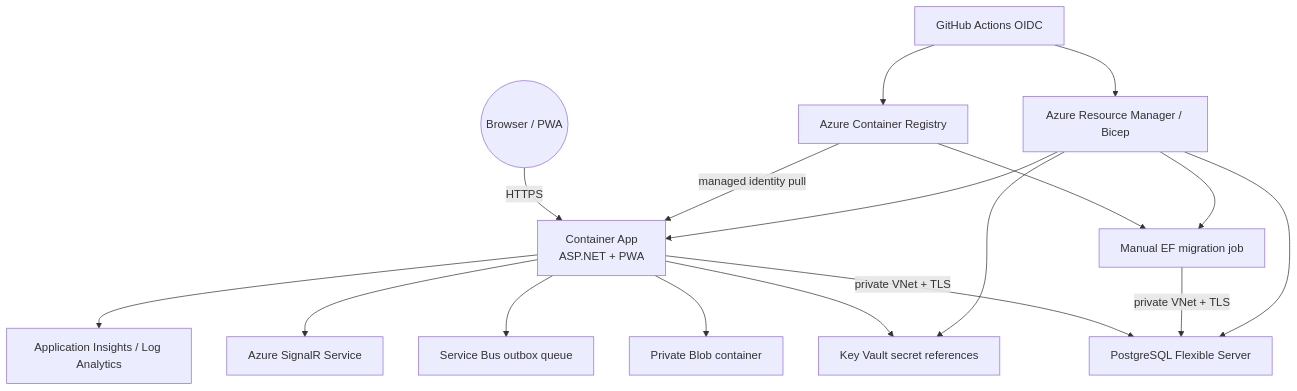
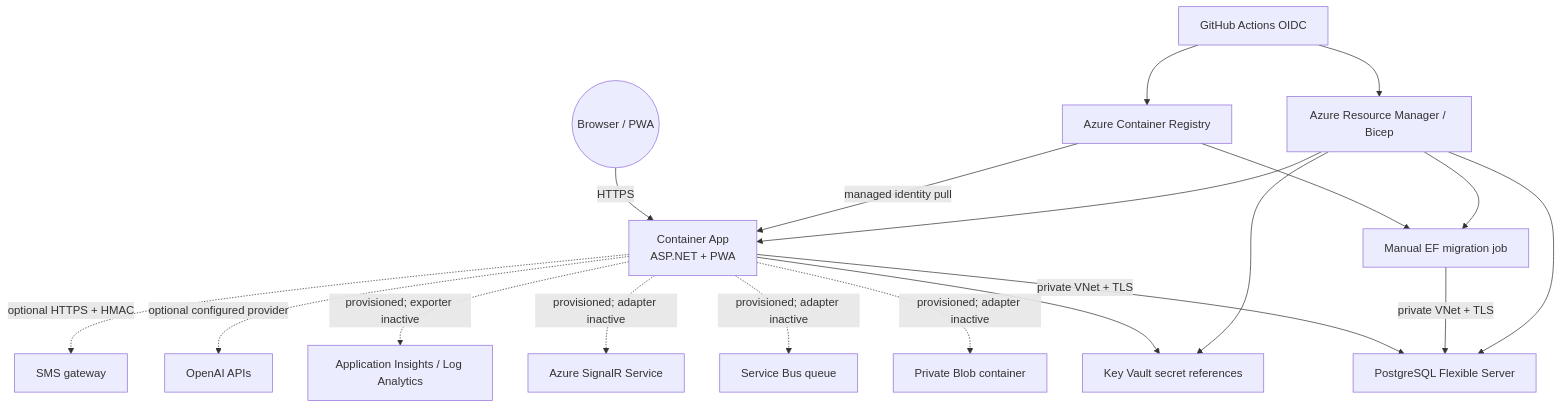
One commit to smahala093/Golden-Hour-AI changed the diagram in docs/DEPLOYMENT.md. Above: the diagram before and after it, drawn with Mermaid. The commit also changed other lines of this file and 84 other files, not shown here.

````diff
--- a/docs/DEPLOYMENT.md
+++ b/docs/DEPLOYMENT.md
@@ -9,19 +9,21 @@
 ```mermaid
 flowchart TB
     User((Browser / PWA)) -->|HTTPS| App["Container App\nASP.NET + PWA"]
     App -->|private VNet + TLS| PG["PostgreSQL Flexible Server"]
     App --> KV["Key Vault secret references"]
-    App --> Blob["Private Blob container"]
-    App --> Bus["Service Bus outbox queue"]
-    App --> SignalR["Azure SignalR Service"]
-    App --> AI["Application Insights / Log Analytics"]
+    App -. "provisioned; adapter inactive" .-> Blob["Private Blob container"]
+    App -. "provisioned; adapter inactive" .-> Bus["Service Bus queue"]
+    App -. "provisioned; adapter inactive" .-> SignalR["Azure SignalR Service"]
+    App -. "provisioned; exporter inactive" .-> AI["Application Insights / Log Analytics"]
+    App -. "optional configured provider" .-> OpenAI["OpenAI APIs"]
+    App -. "optional HTTPS + HMAC" .-> SMS["SMS gateway"]
     ACR["Azure Container Registry"] -->|managed identity pull| App
     Job["Manual EF migration job"] -->|private VNet + TLS| PG
     ACR --> Job
     GitHub["GitHub Actions OIDC"] --> ARM["Azure Resource Manager / Bicep"]
     GitHub --> ACR
     ARM --> App
     ARM --> Job
     ARM --> PG
     ARM --> KV
 ```
````
